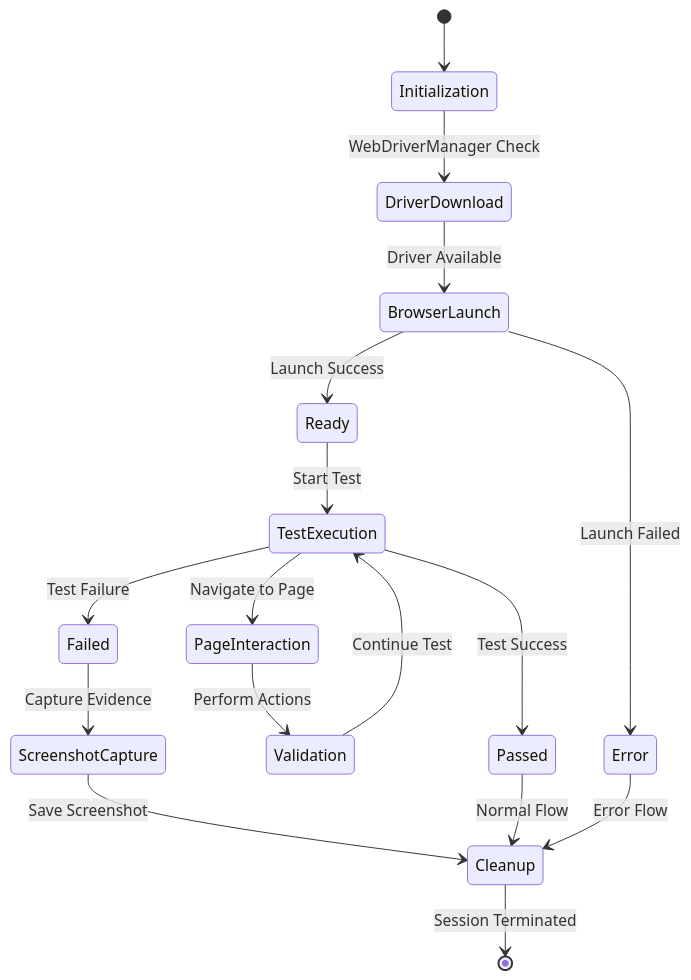
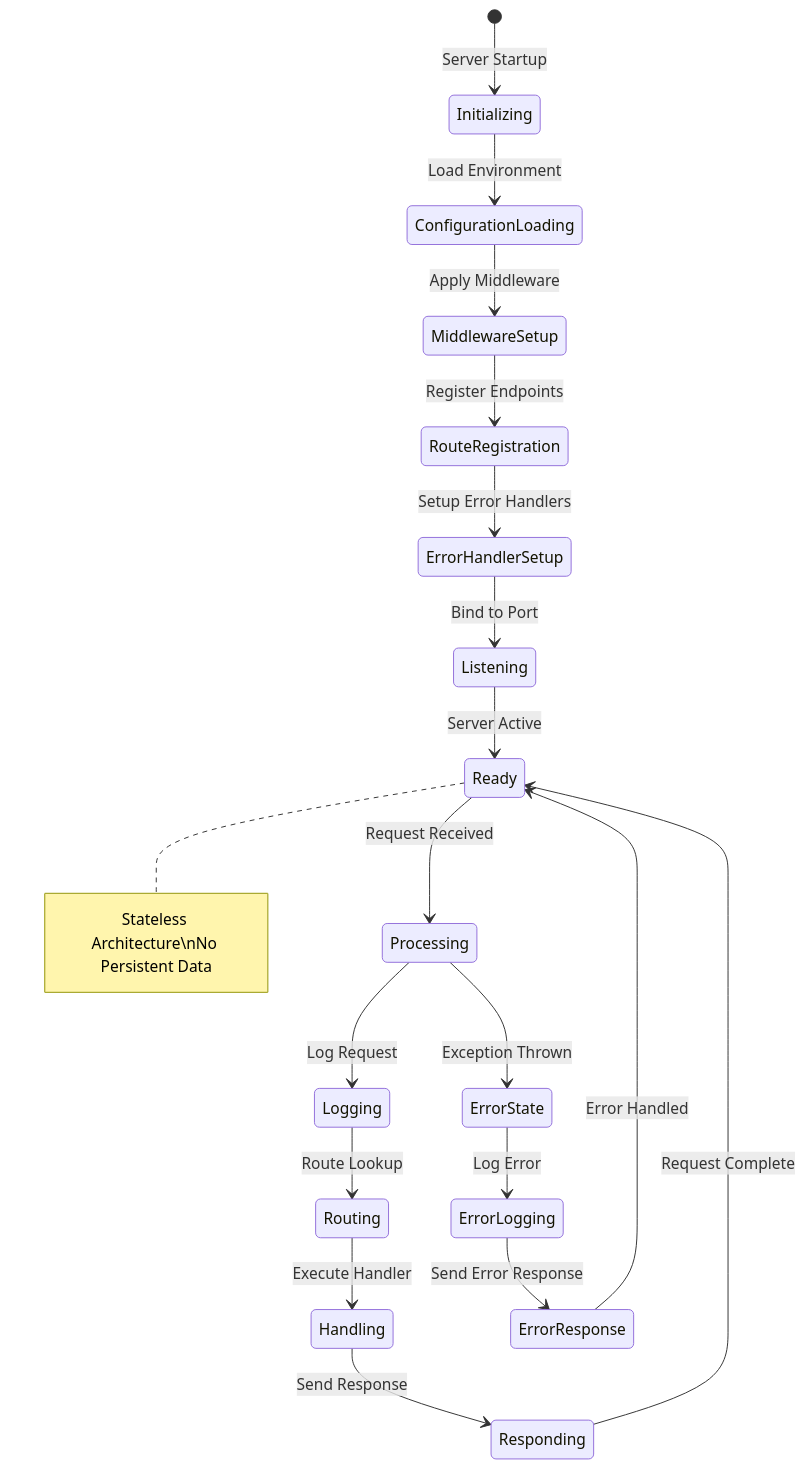
The sixth of 50 diagrams in blitzy/documentation/Technical Specifications.md (lakshya-blitzy/branch_August_lakshya_), drawn with Mermaid before and after one commit. The commit also changed other lines of this file, not shown here.

````diff
--- a/blitzy/documentation/Technical Specifications.md
+++ b/blitzy/documentation/Technical Specifications.md
@@ -1519,25 +1454,24 @@
 ```mermaid
 stateDiagram-v2
-    [*] --> Initialization
-    Initialization --> DriverDownload: WebDriverManager Check
-    DriverDownload --> BrowserLaunch: Driver Available
+    [*] --> Initializing: Server Startup
+    Initializing --> ConfigurationLoading: Load Environment
+    ConfigurationLoading --> MiddlewareSetup: Apply Middleware
+    MiddlewareSetup --> RouteRegistration: Register Endpoints
+    RouteRegistration --> ErrorHandlerSetup: Setup Error Handlers
+    ErrorHandlerSetup --> Listening: Bind to Port
+    Listening --> Ready: Server Active
     
-    BrowserLaunch --> Ready: Launch Success
-    BrowserLaunch --> Error: Launch Failed
+    Ready --> Processing: Request Received
+    Processing --> Logging: Log Request
+    Logging --> Routing: Route Lookup
+    Routing --> Handling: Execute Handler
+    Handling --> Responding: Send Response
+    Responding --> Ready: Request Complete
     
-    Ready --> TestExecution: Start Test
-    TestExecution --> PageInteraction: Navigate to Page
-    PageInteraction --> Validation: Perform Actions
-    Validation --> TestExecution: Continue Test
+    Processing --> ErrorState: Exception Thrown
+    ErrorState --> ErrorLogging: Log Error
+    ErrorLogging --> ErrorResponse: Send Error Response
+    ErrorResponse --> Ready: Error Handled
     
-    TestExecution --> Passed: Test Success
-    TestExecution --> Failed: Test Failure
-    
-    Failed --> ScreenshotCapture: Capture Evidence
-    ScreenshotCapture --> Cleanup: Save Screenshot
-    
-    Passed --> Cleanup: Normal Flow
-    Error --> Cleanup: Error Flow
-    
-    Cleanup --> [*]: Session Terminated
+    note right of Ready: Stateless Architecture\nNo Persistent Data
 ```
````
